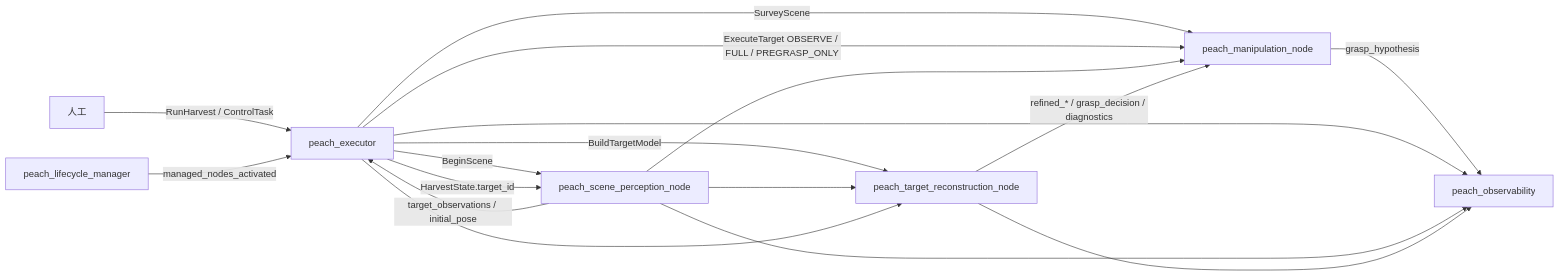
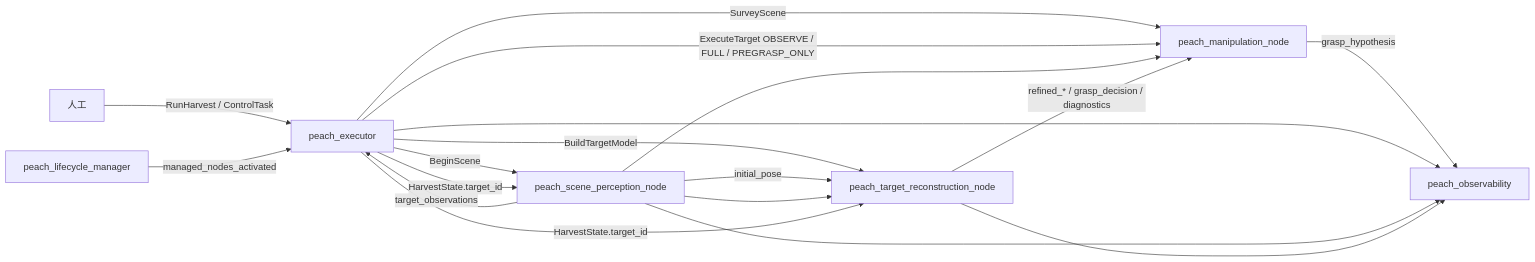
The first of 10 diagrams in docs/io.md (MUHAN11-c/aubo_boot), drawn with Mermaid before and after one commit. The commit also changed other lines of this file and 72 other files, not shown here.

````diff
--- a/docs/io.md
+++ b/docs/io.md
@@ -33,19 +33,20 @@
 ```mermaid
 flowchart LR
   Op[人工] -->|RunHarvest / ControlTask| Ex[peach_executor]
   LCM[peach_lifecycle_manager] -->|managed_nodes_activated| Ex
   Ex -->|SurveyScene| Skill[peach_manipulation_node]
   Ex -->|BeginScene| Perc[peach_scene_perception_node]
   Ex -->|BuildTargetModel| Rec[peach_target_reconstruction_node]
   Ex -->|ExecuteTarget OBSERVE / FULL / PREGRASP_ONLY| Skill
-  Perc -->|target_observations / initial_pose| Ex
+  Perc -->|target_observations| Ex
+  Perc -->|initial_pose| Rec
   Perc --> Rec
   Perc --> Skill
   Rec -->|refined_* / grasp_decision / diagnostics| Skill
   Ex -->|HarvestState.target_id| Perc
-  Ex --> Rec
+  Ex -->|HarvestState.target_id| Rec
   Skill -->|grasp_hypothesis| Obs[peach_observability]
   Ex --> Obs
   Perc --> Obs
   Rec --> Obs
 ```
````
